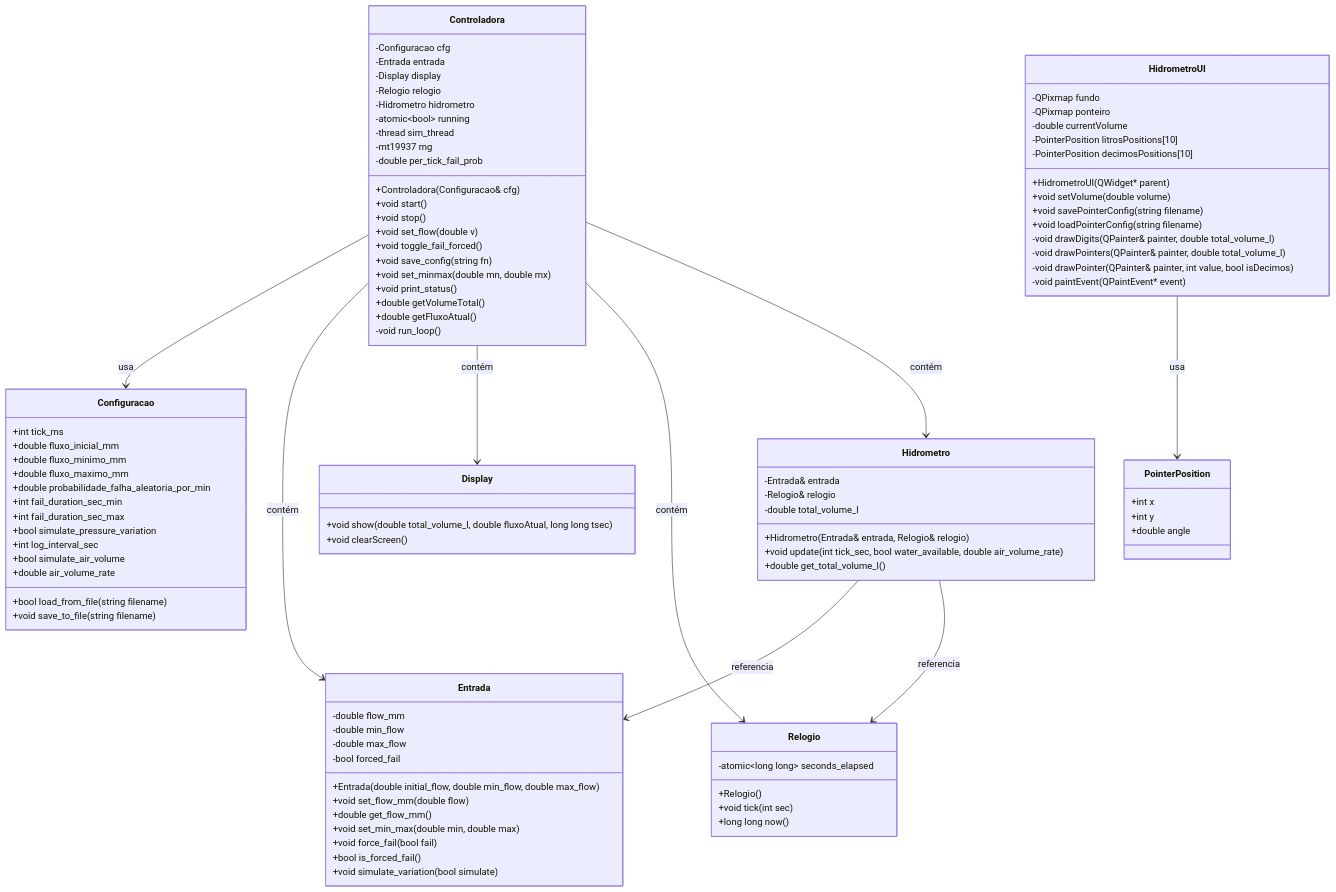
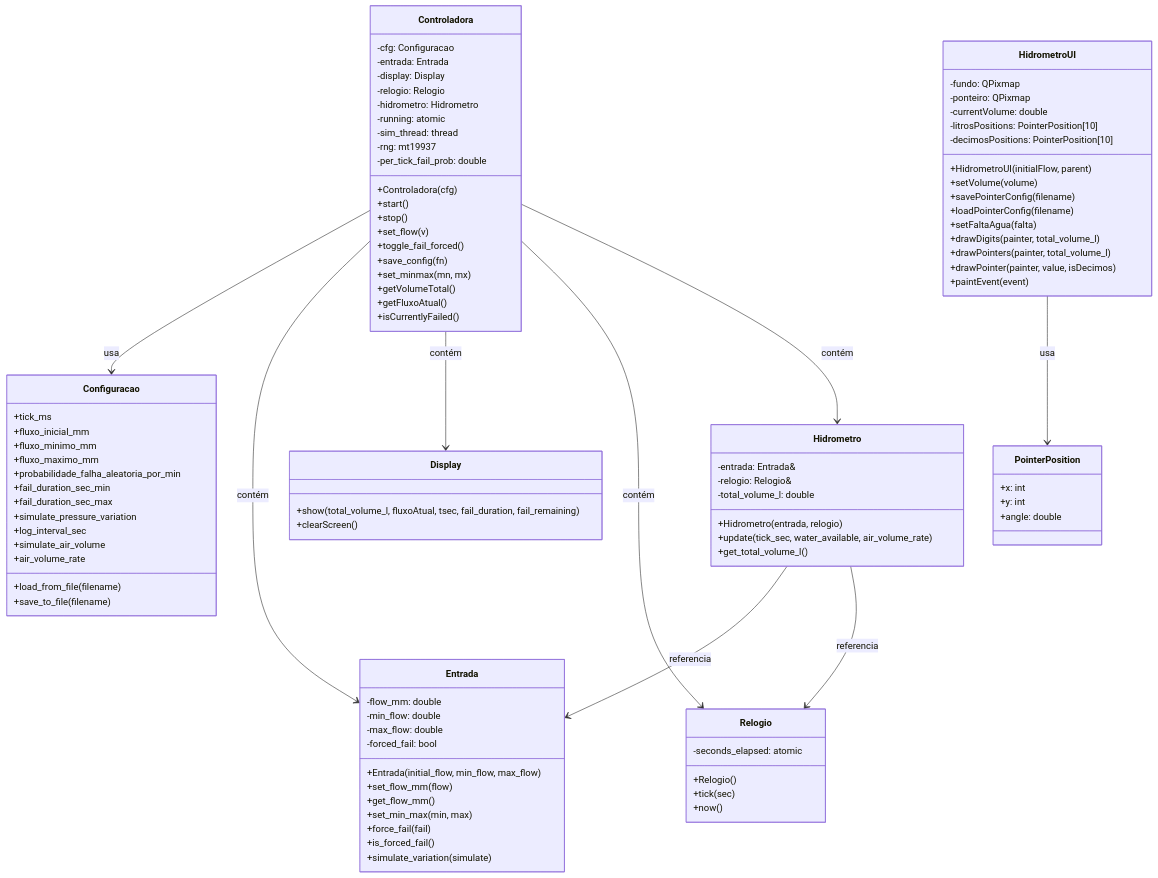
Before and after one commit to Je1pi/Simulador-Hidrometro: the diagram in README.md, drawn with Mermaid.

Commit message:
Atualização da documentação do README.md para refletir mudanças na estrutura das classes e métodos do projeto, melhorando a clareza e a legibilidade.

````diff
--- a/README.md
+++ b/README.md
@@ -10,99 +10,99 @@
 ```mermaid
 classDiagram
     class Configuracao {
-        +int tick_ms
-        +double fluxo_inicial_mm
-        +double fluxo_minimo_mm
-        +double fluxo_maximo_mm
-        +double probabilidade_falha_aleatoria_por_min
-        +int fail_duration_sec_min
-        +int fail_duration_sec_max
-        +bool simulate_pressure_variation
-        +int log_interval_sec
-        +bool simulate_air_volume
-        +double air_volume_rate
-        +bool load_from_file(string filename)
-        +void save_to_file(string filename)
+        +tick_ms
+        +fluxo_inicial_mm
+        +fluxo_minimo_mm
+        +fluxo_maximo_mm
+        +probabilidade_falha_aleatoria_por_min
+        +fail_duration_sec_min
+        +fail_duration_sec_max
+        +simulate_pressure_variation
+        +log_interval_sec
+        +simulate_air_volume
+        +air_volume_rate
+        +load_from_file(filename)
+        +save_to_file(filename)
     }
 
     class Controladora {
-        -Configuracao cfg
-        -Entrada entrada
-        -Display display
-        -Relogio relogio
-        -Hidrometro hidrometro
-        -atomic~bool~ running
-        -thread sim_thread
-        -mt19937 rng
-        -double per_tick_fail_prob
-        +Controladora(Configuracao& cfg)
-        +void start()
-        +void stop()
-        +void set_flow(double v)
-        +void toggle_fail_forced()
-        +void save_config(string fn)
-        +void set_minmax(double mn, double mx)
-        +void print_status()
-        +double getVolumeTotal()
-        +double getFluxoAtual()
-        -void run_loop()
+        -cfg: Configuracao
+        -entrada: Entrada
+        -display: Display
+        -relogio: Relogio
+        -hidrometro: Hidrometro
+        -running: atomic<bool>
+        -sim_thread: thread
+        -rng: mt19937
+        -per_tick_fail_prob: double
+        +Controladora(cfg)
+        +start()
+        +stop()
+        +set_flow(v)
+        +toggle_fail_forced()
+        +save_config(fn)
+        +set_minmax(mn, mx)
+        +getVolumeTotal()
+        +getFluxoAtual()
+        +isCurrentlyFailed()
     }
 
     class Display {
-        +void show(double total_volume_l, double fluxoAtual, long long tsec)
-        +void clearScreen()
+        +show(total_volume_l, fluxoAtual, tsec, fail_duration, fail_remaining)
+        +clearScreen()
     }
 
     class Entrada {
-        -double flow_mm
-        -double min_flow
-        -double max_flow
-        -bool forced_fail
-        +Entrada(double initial_flow, double min_flow, double max_flow)
-        +void set_flow_mm(double flow)
-        +double get_flow_mm()
-        +void set_min_max(double min, double max)
-        +void force_fail(bool fail)
-        +bool is_forced_fail()
-        +void simulate_variation(bool simulate)
+        -flow_mm: double
+        -min_flow: double
+        -max_flow: double
+        -forced_fail: bool
+        +Entrada(initial_flow, min_flow, max_flow)
+        +set_flow_mm(flow)
+        +get_flow_mm()
+        +set_min_max(min, max)
+        +force_fail(fail)
+        +is_forced_fail()
+        +simulate_variation(simulate)
     }
 
     class Hidrometro {
-        -Entrada& entrada
-        -Relogio& relogio
-        -double total_volume_l
-        +Hidrometro(Entrada& entrada, Relogio& relogio)
-        +void update(int tick_sec, bool water_available, double air_volume_rate)
-        +double get_total_volume_l()
+        -entrada: Entrada&
+        -relogio: Relogio&
+        -total_volume_l: double
+        +Hidrometro(entrada, relogio)
+        +update(tick_sec, water_available, air_volume_rate)
+        +get_total_volume_l()
     }
 
     class Relogio {
-        -atomic~long long~ seconds_elapsed
+        -seconds_elapsed: atomic<long long>
         +Relogio()
-        +void tick(int sec)
-        +long long now()
+        +tick(sec)
+        +now()
     }
 
     class HidrometroUI {
-        -QPixmap fundo
-        -QPixmap ponteiro
-        -double currentVolume
-        -PointerPosition litrosPositions[10]
-        -PointerPosition decimosPositions[10]
-        +HidrometroUI(QWidget* parent)
-        +void setVolume(double volume)
-        +void savePointerConfig(string filename)
-        +void loadPointerConfig(string filename)
-        -void drawDigits(QPainter& painter, double total_volume_l)
-        -void drawPointers(QPainter& painter, double total_volume_l)
-        -void drawPointer(QPainter& painter, int value, bool isDecimos)
-        -void paintEvent(QPaintEvent* event)
+        -fundo: QPixmap
+        -ponteiro: QPixmap
+        -currentVolume: double
+        -litrosPositions: PointerPosition[10]
+        -decimosPositions: PointerPosition[10]
+        +HidrometroUI(initialFlow, parent)
+        +setVolume(volume)
+        +savePointerConfig(filename)
+        +loadPointerConfig(filename)
+        +setFaltaAgua(falta)
+        +drawDigits(painter, total_volume_l)
+        +drawPointers(painter, total_volume_l)
+        +drawPointer(painter, value, isDecimos)
+        +paintEvent(event)
     }
 
     class PointerPosition {
-        +int x
-        +int y
-        +double angle
+        +x: int
+        +y: int
+        +angle: double
     }
 
     %% Relacionamentos
@@ -115,5 +115,5 @@
     Hidrometro --> Entrada : referencia
     Hidrometro --> Relogio : referencia
 
-    HidrometroUI --> PointerPosition : usa  
+    HidrometroUI --> PointerPosition : usa
 ```
````
